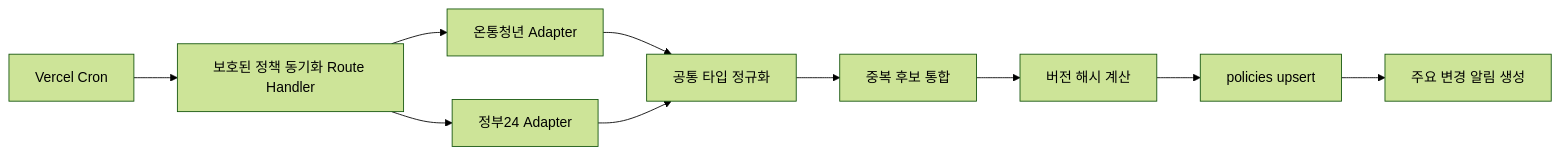
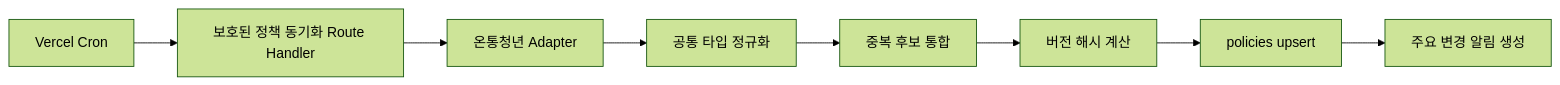
Before and after one commit to noohsss/chaengim: the third of 4 diagrams in docs/ARCHITECTURE.md, drawn with Mermaid (forest theme). The commit also changed other lines of this file and 4 other files, not shown here.

````diff
--- a/docs/ARCHITECTURE.md
+++ b/docs/ARCHITECTURE.md
@@ -290,12 +291,10 @@
 ```mermaid
 flowchart LR
     C["Vercel Cron"] --> H["보호된 정책 동기화 Route Handler"]
     H --> Y["온통청년 Adapter"]
-    H --> G["정부24 Adapter"]
     Y --> N["공통 타입 정규화"]
-    G --> N
     N --> D["중복 후보 통합"]
     D --> V["버전 해시 계산"]
     V --> P["policies upsert"]
     P --> X["주요 변경 알림 생성"]
 ```
````
